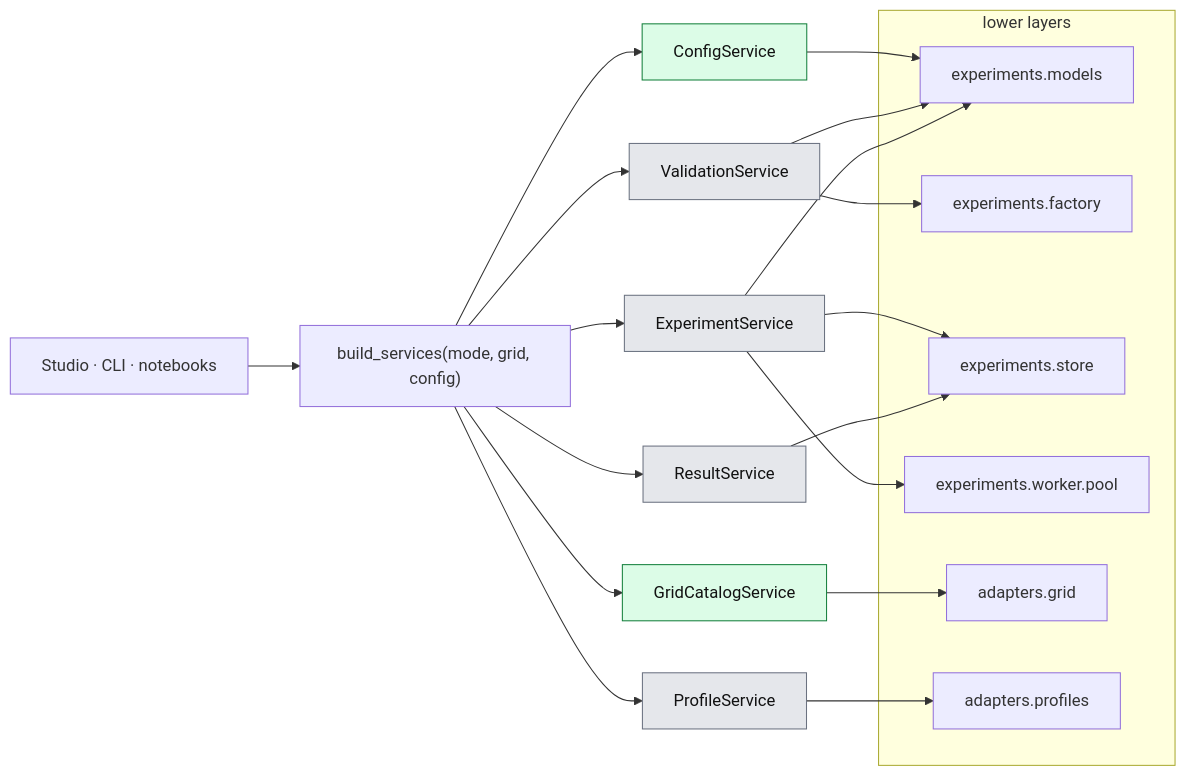
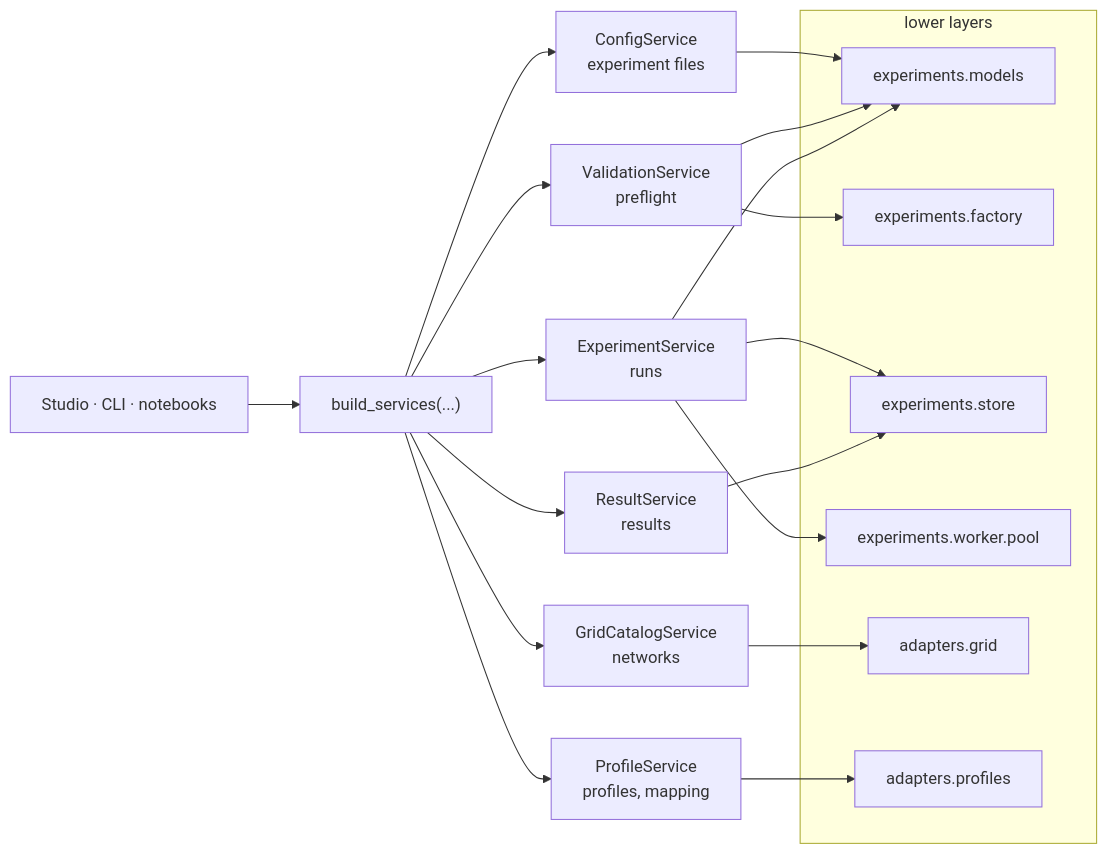
The first of 2 diagrams in docs_thesis/thesis/architecture/04-application-layer.md (KevinRapo/P2P-thesis), drawn with Mermaid before and after one commit. The commit also changed other lines of this file and 11 other files, not shown here.

First line of the commit message:
docs(architecture): structure over function reference; layer order 01-05

````diff
--- a/docs_thesis/thesis/architecture/04-application-layer.md
+++ b/docs_thesis/thesis/architecture/04-application-layer.md
@@ -27,29 +26,27 @@
 ```mermaid
 flowchart LR
-  CALL["Studio · CLI · notebooks"] --> BS["build_services(mode, grid, config)"]
-  BS --> CF["ConfigService"]:::real
-  BS --> GC["GridCatalogService"]:::real
-  BS --> PR["ProfileService"]:::demo
-  BS --> VA["ValidationService"]:::demo
-  BS --> EX["ExperimentService"]:::demo
-  BS --> RE["ResultService"]:::demo
+  CALL["Studio · CLI · notebooks"] --> BS["build_services(...)"]
+  BS --> CF["ConfigService<br/>experiment files"]
+  BS --> GC["GridCatalogService<br/>networks"]
+  BS --> PR["ProfileService<br/>profiles, mapping"]
+  BS --> VA["ValidationService<br/>preflight"]
+  BS --> EX["ExperimentService<br/>runs"]
+  BS --> RE["ResultService<br/>results"]
   subgraph LOW["lower layers"]
     EM["experiments.models"]
     EF["experiments.factory"]
     ES["experiments.store"]
     EW["experiments.worker.pool"]
     AG["adapters.grid"]
     AP["adapters.profiles"]
   end
   CF --> EM
   GC --> AG
   PR --> AP
   VA --> EM
   VA --> EF
   EX --> EM
   EX --> ES
   EX --> EW
   RE --> ES
-  classDef real fill:#dcfce7,stroke:#15803d,color:#111
-  classDef demo fill:#e5e7eb,stroke:#6b7280,color:#111
 ```
````
